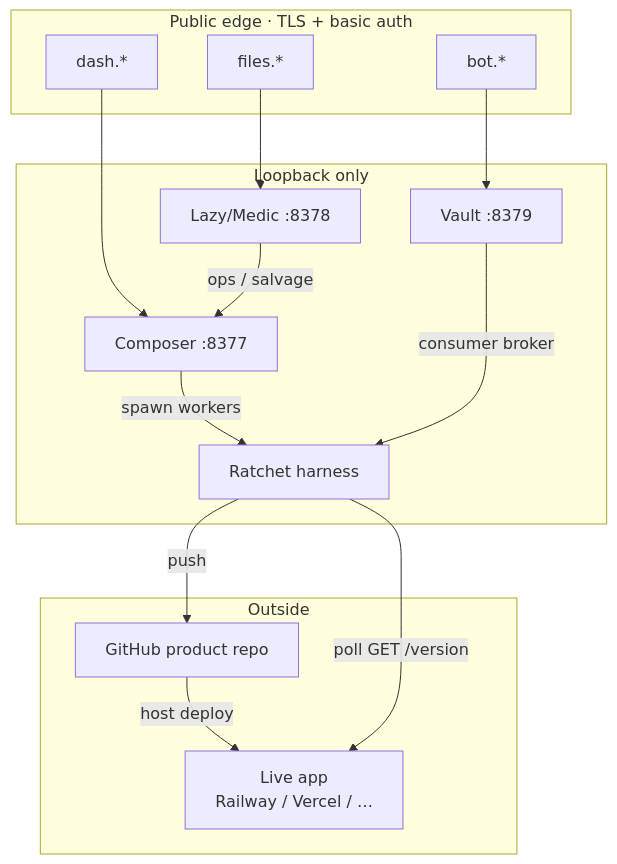
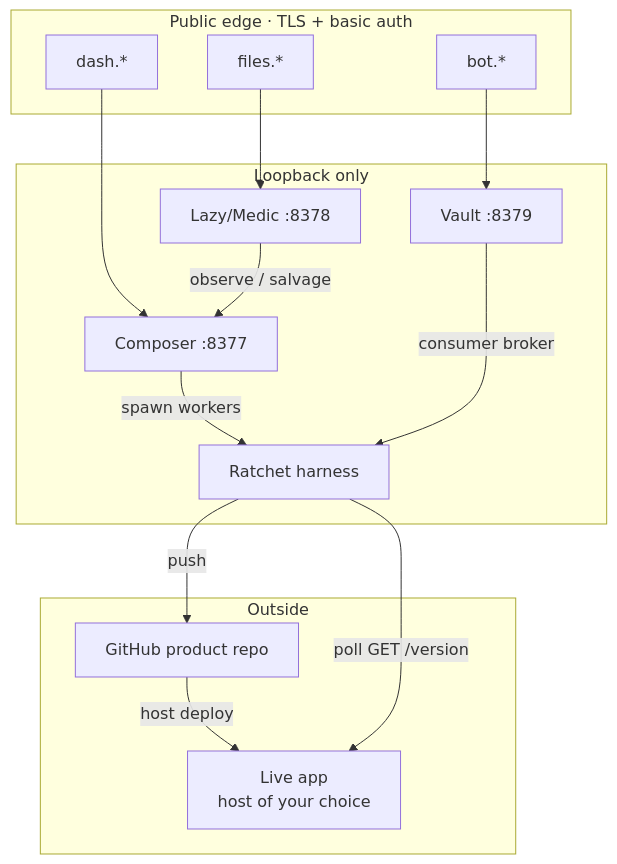
The second of 7 diagrams in content/vibe-coding/ratchet-guide/diagrams.md (southu/vygo), drawn with Mermaid before and after one commit. The commit also changed other lines of this file and 42 other files, not shown here.

````diff
--- a/content/vibe-coding/ratchet-guide/diagrams.md
+++ b/content/vibe-coding/ratchet-guide/diagrams.md
@@ -34,30 +34,30 @@
 ```mermaid
 flowchart TB
   subgraph edge [Public edge · TLS + basic auth]
     DASH[dash.*]
     FILES[files.*]
     BOT[bot.*]
   end
 
   subgraph loopback [Loopback only]
     C[Composer :8377]
     L[Lazy/Medic :8378]
     V[Vault :8379]
     H[Ratchet harness]
   end
 
   subgraph outside [Outside]
     GH[GitHub product repo]
-    LIVE[Live app<br/>Railway / Vercel / …]
+    LIVE[Live app<br/>host of your choice]
   end
 
   DASH --> C
   FILES --> L
   BOT --> V
   C -->|spawn workers| H
-  L -->|ops / salvage| C
+  L -->|observe / salvage| C
   V -->|consumer broker| H
   H -->|push| GH
   GH -->|host deploy| LIVE
   H -->|poll GET /version| LIVE
 ```
````
